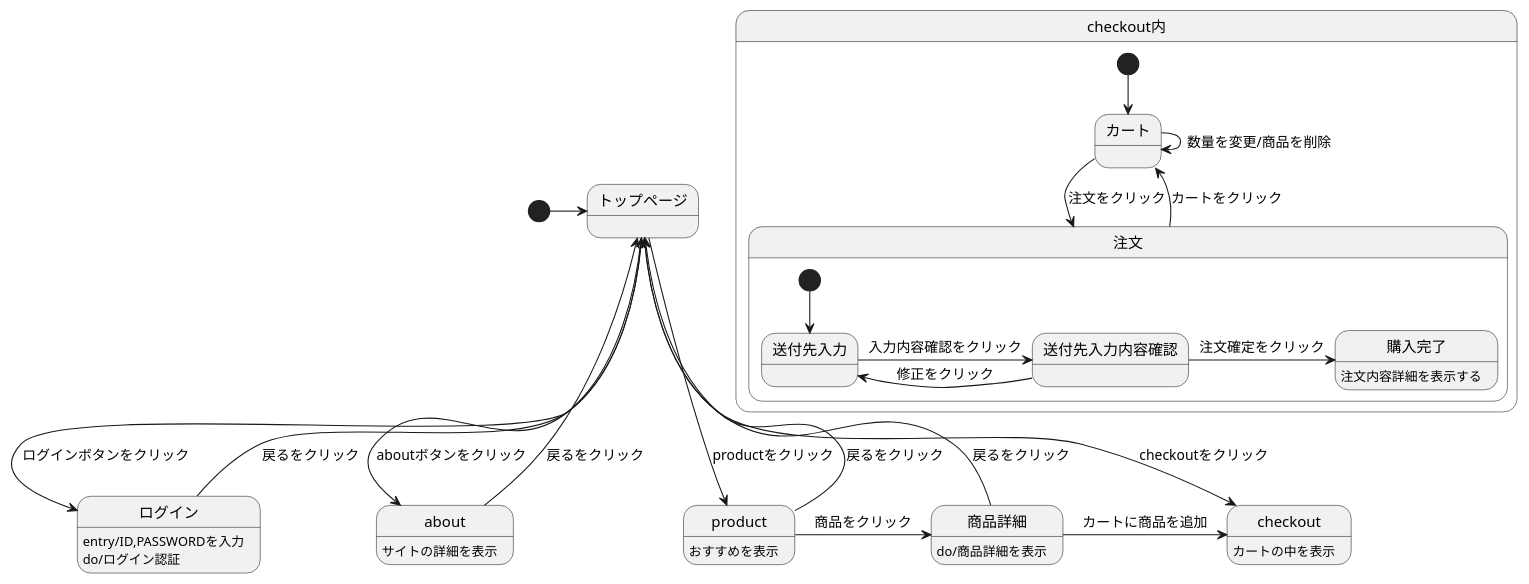
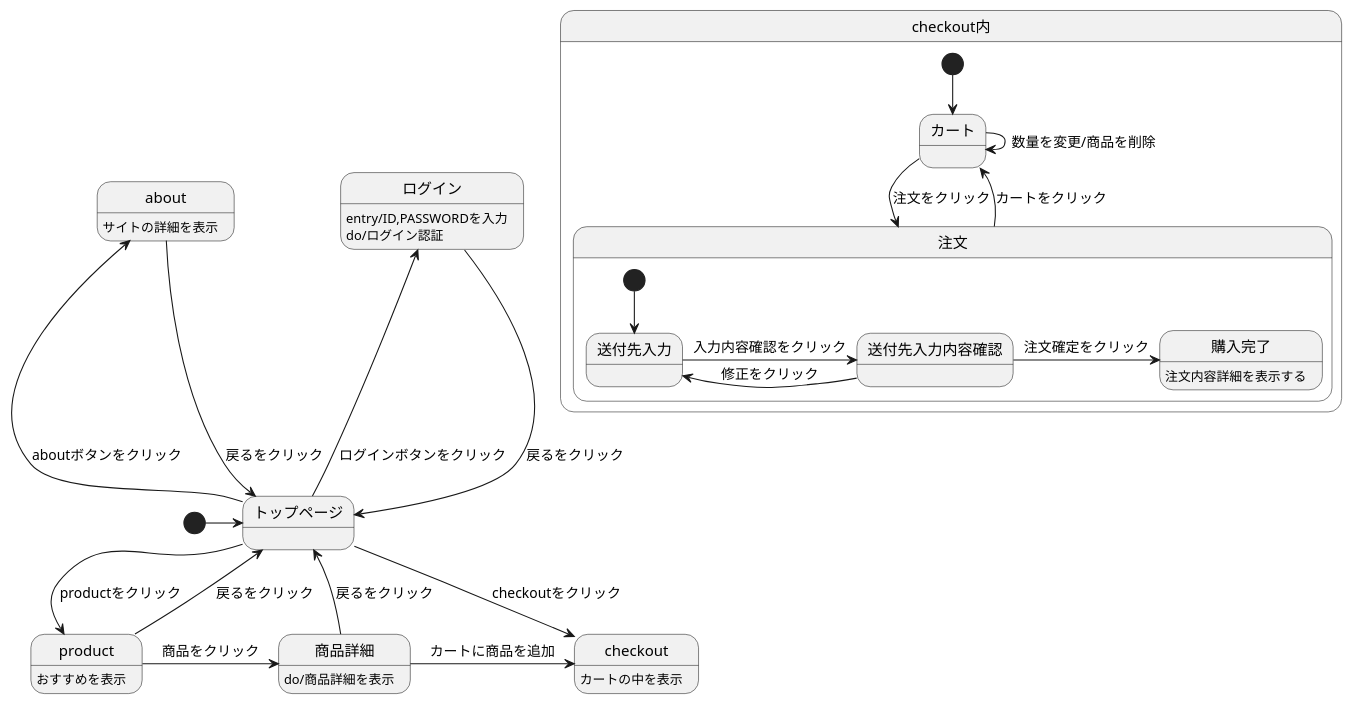
Before and after one commit to Aso2101121/2021sys-design-2: the diagram in modan.stw.md, drawn with PlantUML.

````diff
--- a/modan.stw.md
+++ b/modan.stw.md
@@ -1,35 +1,36 @@
 ```uml
 @startuml
 [*] -> トップページ
-トップページ -> ログイン : ログインボタンをクリック
+トップページ -left-> ログイン : ログインボタンをクリック
 ログイン : entry/ID,PASSWORDを入力
 ログイン : do/ログイン認証
 ログイン --> トップページ : 戻るをクリック
-トップページ -> about : aboutボタンをクリック
+トップページ -left-> about : aboutボタンをクリック
 about : サイトの詳細を表示
 about --> トップページ : 戻るをクリック
+トップページ -> checkout : checkoutをクリック
+checkout : カートの中を表示
 トップページ -> product : productをクリック
 product : おすすめを表示
 product --> トップページ : 戻るをクリック
 product -> 商品詳細 : 商品をクリック
 商品詳細 : do/商品詳細を表示
 商品詳細 -> checkout : カートに商品を追加
 商品詳細 --> トップページ : 戻るをクリック
-トップページ -> checkout : checkoutをクリック
-checkout : カートの中を表示
+
 
 state checkout内 {
  [*] --> カート
  カート -> 注文 : 注文をクリック
  カート -> カート : 数量を変更/商品を削除
  注文 --> カート : カートをクリック
  state 注文 {
   [*] --> 送付先入力
   送付先入力 -> 送付先入力内容確認 : 入力内容確認をクリック
   送付先入力内容確認 -> 送付先入力 : 修正をクリック
   送付先入力内容確認 -> 購入完了 : 注文確定をクリック 
   購入完了 : 注文内容詳細を表示する
  }
 }
 @enduml
 ```
````
